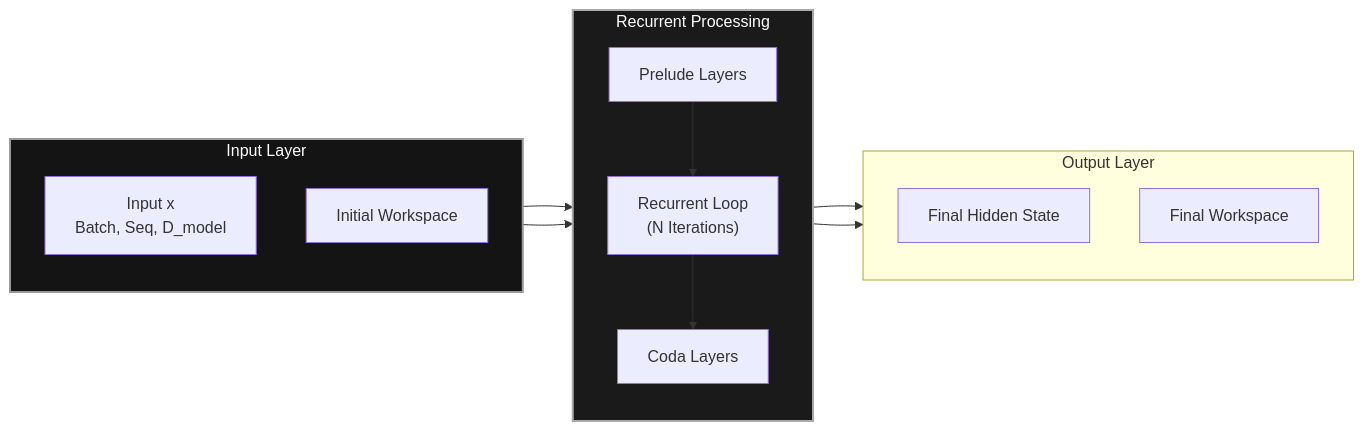
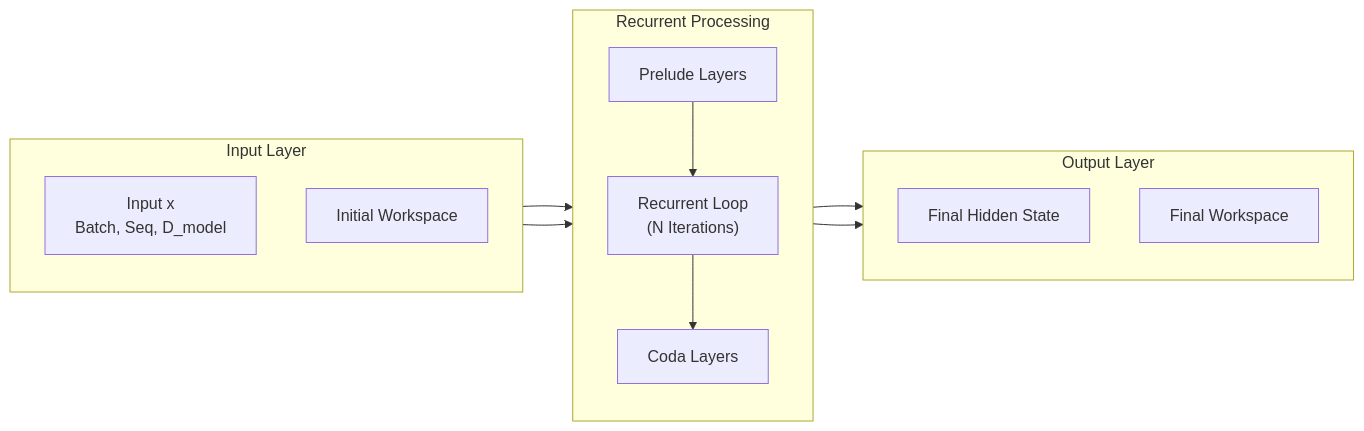
One commit to Neutron-Binary-LLC/OpenMetis changed the first of 6 diagrams in README.md. Above: the diagram before and after it, drawn with Mermaid. The commit also changed other lines of this file, not shown here.

Commit message:
Rename `HybridRecurrentMathBlock` to `NeuroSymbolicReasoningCell` across modules for consistency and clarity. Refactor imports accordingly.

````diff
--- a/README.md
+++ b/README.md
@@ -16,31 +16,31 @@
 ```mermaid
 graph LR
     subgraph Input_Space [Input Layer]
         direction TB
         X[Input x<br/>Batch, Seq, D_model]
         InitWS[Initial Workspace]
     end
 
     subgraph Recurrent_Stack [Recurrent Processing]
         direction TB
         Prelude[Prelude Layers]
         Loop["Recurrent Loop<br/>(N Iterations)"]
         Coda[Coda Layers]
         
         Prelude --> Loop --> Coda
     end
 
     subgraph Output_Space [Output Layer]
         direction TB
         Hidden[Final Hidden State]
         FinalWS[Final Workspace]
     end
 
     X --> Prelude
     InitWS --> Loop
     Coda --> Hidden
     Loop --> FinalWS
 
-    style Recurrent_Stack fill:#1a1a1a,stroke:#aaaaaa,stroke-width:2px,color:#ffffff
-    style Input_Space fill:#141414,stroke:#999999,stroke-width:2px,color:#ffffff
+%%    style Recurrent_Stack fill:#1a1a1a,stroke:#aaaaaa,stroke-width:2px,color:#ffffff
+%%    style Input_Space fill:#141414,stroke:#999999,stroke-width:2px,color:#ffffff
 ```
````
